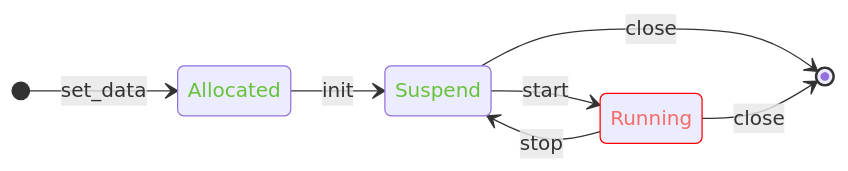
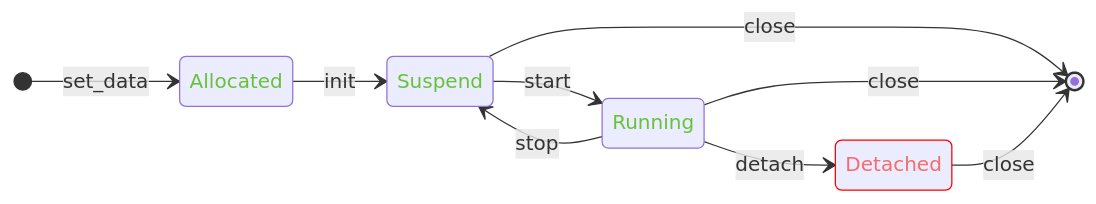
The third of 3 diagrams in docs/lifecycle.md (levalup/libuvcxx), drawn with Mermaid before and after one commit. The commit also changed other lines of this file and 22 other files, not shown here.

````diff
--- a/docs/lifecycle.md
+++ b/docs/lifecycle.md
@@ -81,18 +78,21 @@
 ```mermaid
 stateDiagram-v2
     direction LR
 
     [*] --> Allocated: set_data
     Allocated --> Suspend: init
     Suspend --> Running: start
     Suspend --> [*]: close
     Running --> Suspend: stop
     Running --> [*]: close
+    Running --> Detached: detach
+    Detached --> [*]: close
 
     classDef attached color:#67C23A;
     classDef detached stroke:red,color:#F56C6C;
 
     class Allocated attached
     class Suspend attached
-    class Running detached
+    class Running attached
+    class Detached detached
 ```
````
